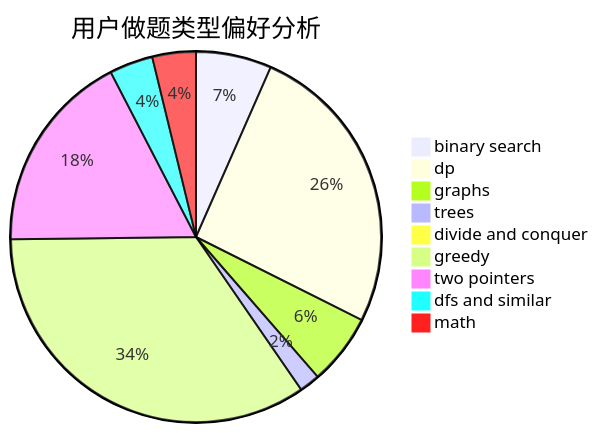
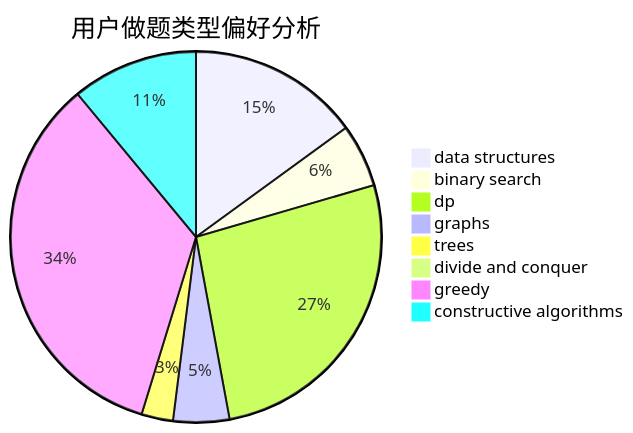
The second of 3 diagrams in docs/user/u1315.md (sherpahu/cfrs.github.io), drawn with Mermaid before and after one commit. The commit also changed other lines of this file and 2775 other files, not shown here.

````diff
--- a/docs/user/u1315.md
+++ b/docs/user/u1315.md
@@ -23,12 +23,11 @@
 ```mermaid
 pie title 用户做题类型偏好分析
-    "binary search" :  33
-    "dp" :  129
-    "graphs" :  31
+    "data structures" :  49
+    "binary search" :  18
+    "dp" :  87
+    "graphs" :  16
     "trees" :  9
     "divide and conquer" :  0
-    "greedy" :  172
-    "two pointers" :  88
-    "dfs and similar" :  19
-    "math" :  19
+    "greedy" :  112
+    "constructive algorithms" :  36
 ```
````
